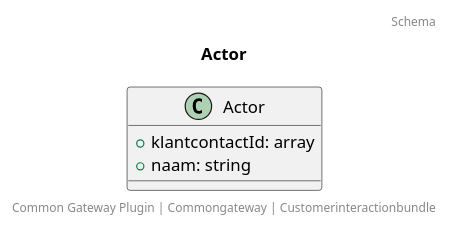
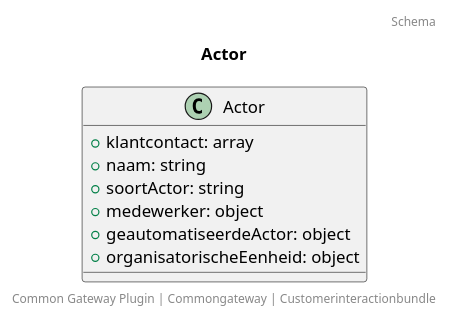
One commit to CommonGateway/CustomerInteractionBundle changed the diagram in docs/schema/klant.actor.puml. Above: the diagram before and after it, drawn with PlantUML. The commit also changed 30 other files, not shown here.

```diff
--- a/docs/schema/klant.actor.puml
+++ b/docs/schema/klant.actor.puml
@@ -1,10 +1,14 @@
 @startuml
 title: Actor
 footer: Common Gateway Plugin | Commongateway | Customerinteractionbundle 
 header: Schema
 
 class Actor {
-  + klantcontactId: array
+  + klantcontact: array
   + naam: string
+  + soortActor: string
+  + medewerker: object
+  + geautomatiseerdeActor: object
+  + organisatorischeEenheid: object
 }
 @enduml
```
